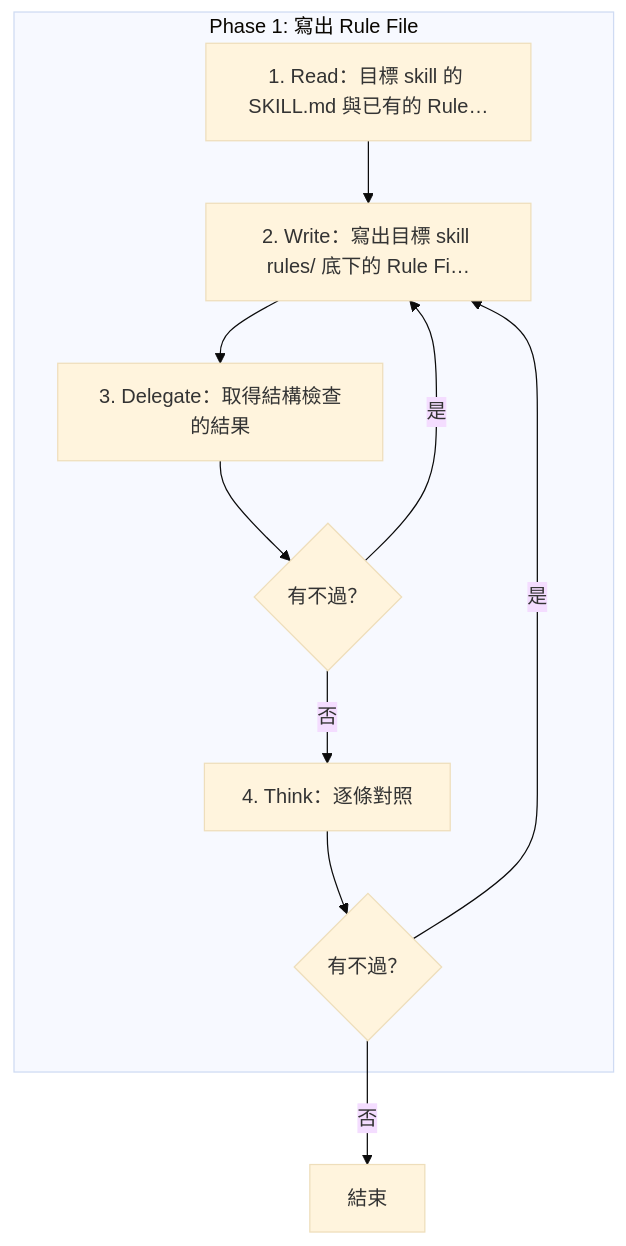
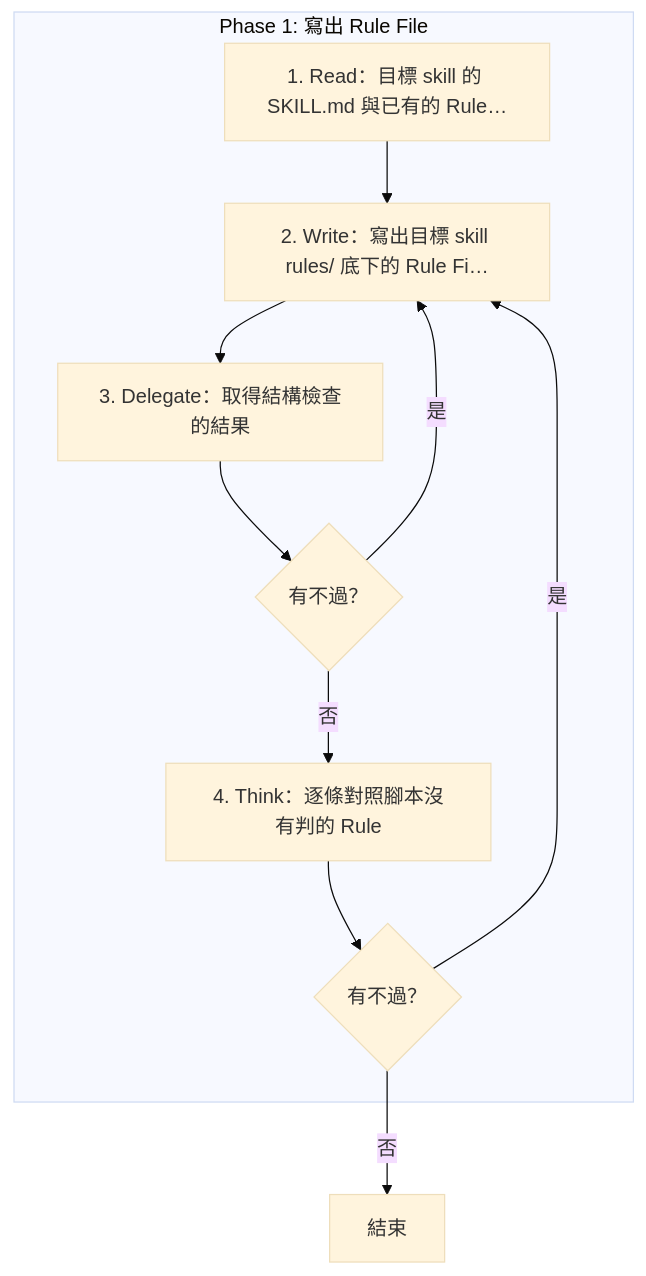
The diagram in .claude/skills/skill-form-rule/SKILL.md (AI-x-BDD/BDGG-Dev-Skills), drawn with Mermaid (base theme) before and after one commit. The commit also changed other lines of this file and 5 other files, not shown here.

````diff
--- a/.claude/skills/skill-form-rule/SKILL.md
+++ b/.claude/skills/skill-form-rule/SKILL.md
@@ -11,20 +11,20 @@
 ```mermaid
 flowchart TD
     subgraph P1["Phase 1: 寫出 Rule File"]
         P1S1["1. Read：目標 skill 的 SKILL.md 與已有的 Rule…"]
         P1S2["2. Write：寫出目標 skill rules/ 底下的 Rule Fi…"]
         P1S3["3. Delegate：取得結構檢查的結果"]
         G_P1S3_1{"有不過？"}
-        P1S4["4. Think：逐條對照"]
+        P1S4["4. Think：逐條對照腳本沒有判的 Rule"]
         G_P1S4_1{"有不過？"}
     end
     End["結束"]
     P1S1 --> P1S2
     P1S2 --> P1S3
     P1S3 --> G_P1S3_1
     G_P1S3_1 -->|是| P1S2
     G_P1S3_1 -->|否| P1S4
     P1S4 --> G_P1S4_1
     G_P1S4_1 -->|是| P1S2
     G_P1S4_1 -->|否| End
 ```
````
